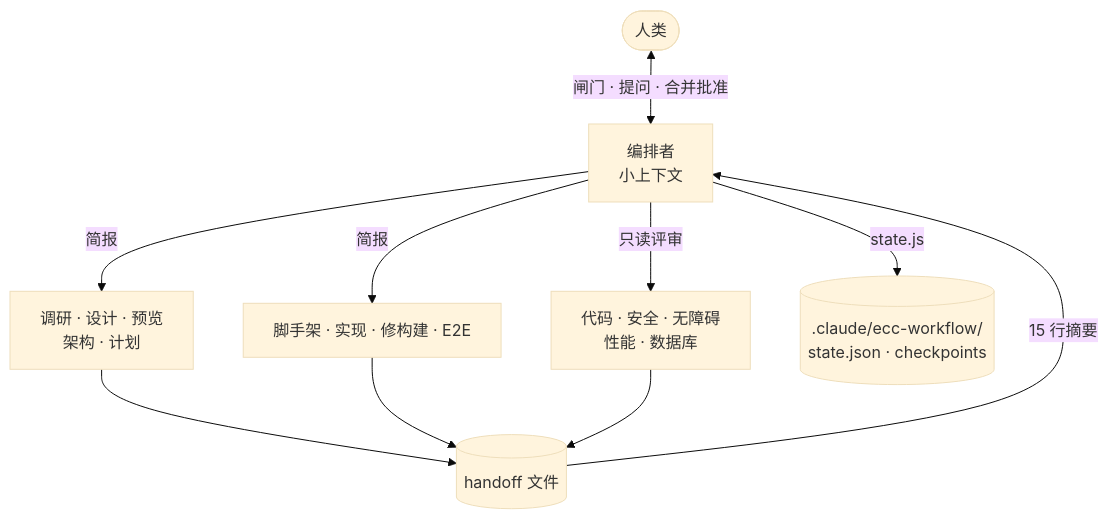
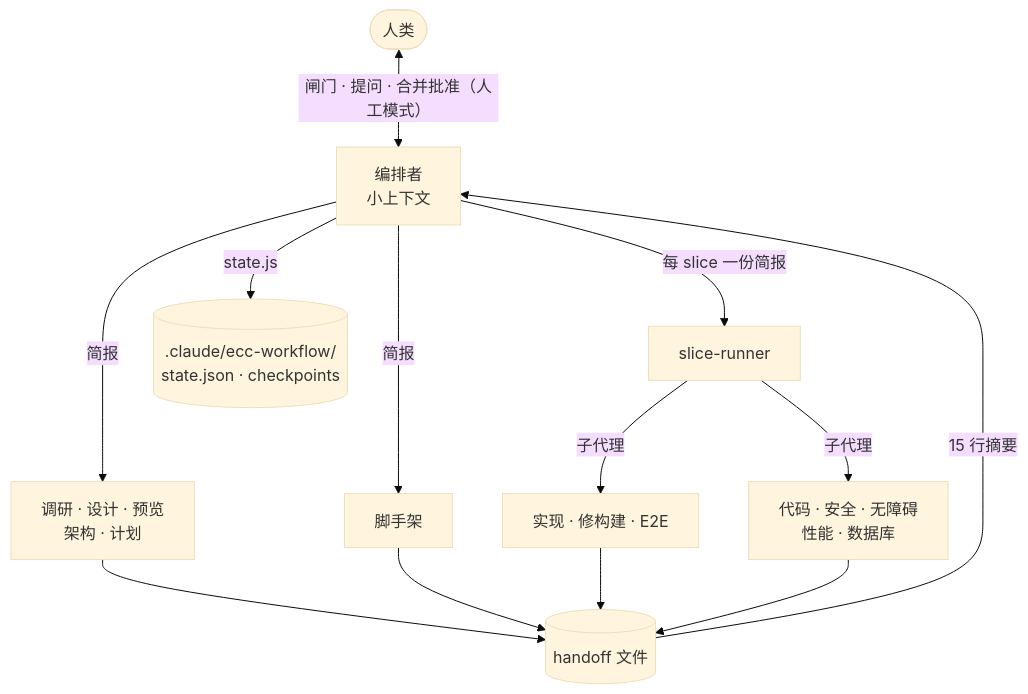
Before and after one commit to eliozh/ecc-workflow: the third of 3 diagrams in README.zh-CN.md, drawn with Mermaid (base theme). The commit also changed other lines of this file and 9 other files, not shown here.

````diff
--- a/README.zh-CN.md
+++ b/README.zh-CN.md
@@ -164,12 +165,15 @@
 ```mermaid
 flowchart TB
-  H([人类]) <-->|闸门 · 提问 · 合并批准| O[编排者<br/>小上下文]
+  H([人类]) <-->|闸门 · 提问 · 合并批准（人工模式）| O[编排者<br/>小上下文]
   O -->|简报| A[调研 · 设计 · 预览<br/>架构 · 计划]
-  O -->|简报| B[脚手架 · 实现 · 修构建 · E2E]
-  O -->|只读评审| C[代码 · 安全 · 无障碍<br/>性能 · 数据库]
+  O -->|简报| S[脚手架]
+  O -->|每 slice 一份简报| SR[slice-runner]
+  SR -->|子代理| B[实现 · 修构建 · E2E]
+  SR -->|子代理| C[代码 · 安全 · 无障碍<br/>性能 · 数据库]
   A --> D[(handoff 文件)]
+  S --> D
   B --> D
   C --> D
   D -->|15 行摘要| O
   O -->|state.js| E[(.claude/ecc-workflow/<br/>state.json · checkpoints)]
 ```
````
